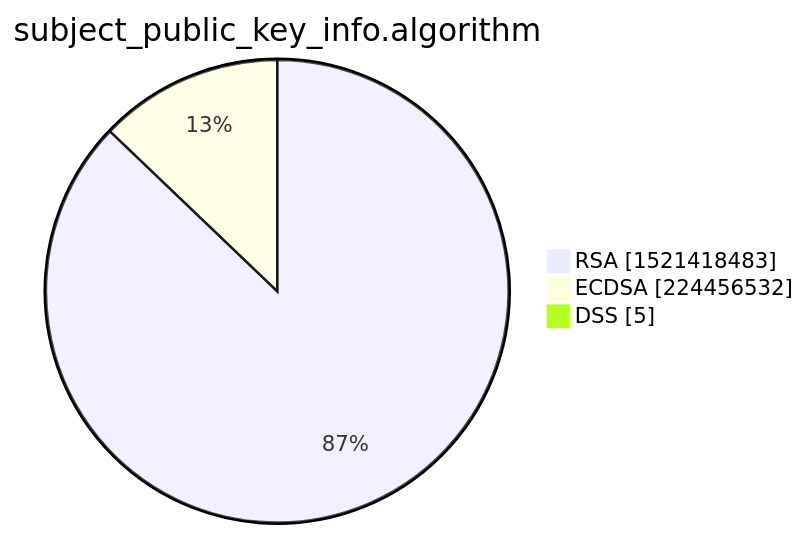
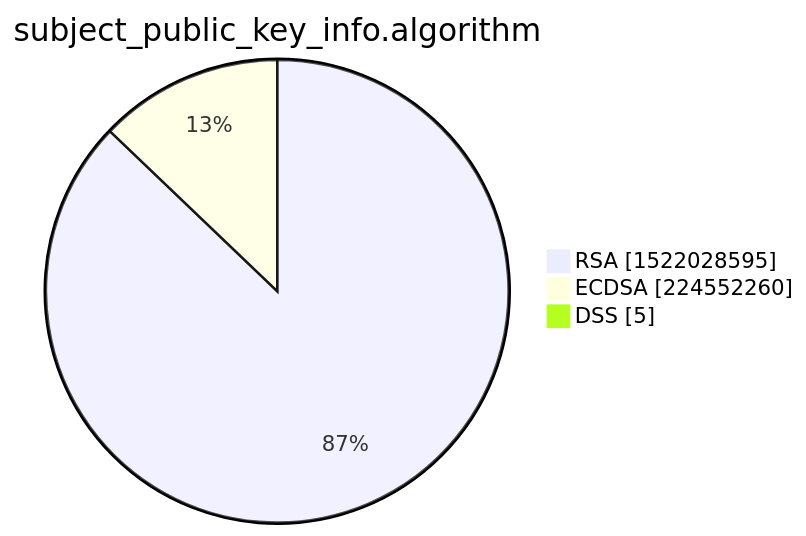
Before and after one commit to christiankrug/ctmonitor_visualization: the third of 15 diagrams in xenon2022/README.md, drawn with Mermaid. The commit also changed other lines of this file, not shown here.

````diff
--- a/xenon2022/README.md
+++ b/xenon2022/README.md
@@ -14,7 +14,7 @@
 ```mermaid
 pie showData
 title subject_public_key_info.algorithm
-"RSA" :1521418483
-"ECDSA" :224456532
+"RSA" :1522028595
+"ECDSA" :224552260
 "DSS" :5
 ```
````
